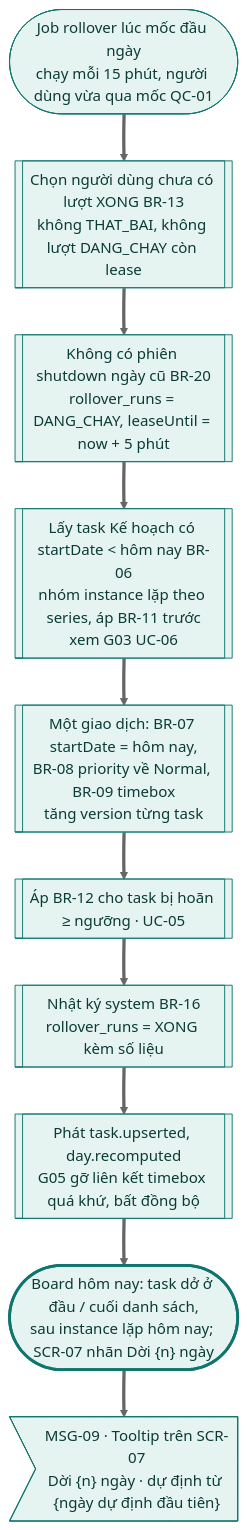
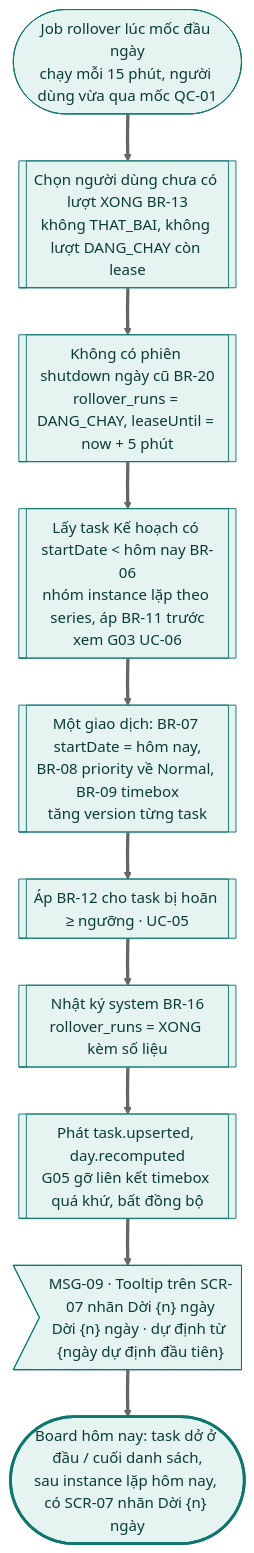
The ninth of 18 diagrams in docs/design-brief/flow/g06-backlog-rollover.md (tannguyenho/personal-app), drawn with Mermaid (neutral theme) before and after one commit. The commit also changed other lines of this file, not shown here.

First line of the commit message:
docs(flow): user flow G10 trợ lý AI (#10)

````diff
--- a/docs/design-brief/flow/g06-backlog-rollover.md
+++ b/docs/design-brief/flow/g06-backlog-rollover.md
@@ -364,27 +364,27 @@
 ```mermaid
 flowchart TD
   start(["Job rollover lúc mốc đầu ngày<br/>chạy mỗi 15 phút, người dùng vừa qua mốc QC-01"])
   p1[["Chọn người dùng chưa có lượt XONG BR-13<br/>không THAT_BAI, không lượt DANG_CHAY còn lease"]]
   p2[["Không có phiên shutdown ngày cũ BR-20<br/>rollover_runs = DANG_CHAY, leaseUntil = now + 5 phút"]]
   p3[["Lấy task Kế hoạch có startDate < hôm nay BR-06<br/>nhóm instance lặp theo series, áp BR-11 trước<br/>xem G03 UC-06"]]
   p4[["Một giao dịch: BR-07 startDate = hôm nay,<br/>BR-08 priority về Normal, BR-09 timebox<br/>tăng version từng task"]]
   p5[["Áp BR-12 cho task bị hoãn ≥ ngưỡng · UC-05"]]
   p6[["Nhật ký system BR-16<br/>rollover_runs = XONG kèm số liệu"]]
   p7[["Phát task.upserted, day.recomputed<br/>G05 gỡ liên kết timebox quá khứ, bất đồng bộ"]]
-  ok(["Board hôm nay: task dở ở đầu / cuối danh sách,<br/>sau instance lặp hôm nay; SCR-07 nhãn Dời {n} ngày"])
-  m1>"MSG-09 · Tooltip trên SCR-07<br/>Dời {n} ngày · dự định từ {ngày dự định đầu tiên}"]
+  m1>"MSG-09 · Tooltip trên SCR-07 nhãn Dời {n} ngày<br/>Dời {n} ngày · dự định từ {ngày dự định đầu tiên}"]
+  ok(["Board hôm nay: task dở ở đầu / cuối danh sách,<br/>sau instance lặp hôm nay, có SCR-07 nhãn Dời {n} ngày"])
 
-  start ==> p1 ==> p2 ==> p3 ==> p4 ==> p5 ==> p6 ==> p7 ==> ok ==> m1
+  start ==> p1 ==> p2 ==> p3 ==> p4 ==> p5 ==> p6 ==> p7 ==> m1 ==> ok
 
   class start,p1,p2,p3,p4,p5,p6,p7,m1 happy
   class ok done
   classDef happy fill:#E6F4F1,stroke:#0F766E,color:#0B3B36
   classDef alt fill:#F1F3F5,stroke:#6B7280,color:#1F2937
   classDef err fill:#FDECEC,stroke:#B42318,color:#5C1010
   classDef warn fill:#FEF4E2,stroke:#B45309,color:#4A2604
   classDef ai fill:#F1ECFD,stroke:#6D28D9,color:#2E1065
   classDef sync fill:#FFFFFF,stroke:#6B7280,stroke-dasharray:4 3,color:#1F2937
   classDef link fill:#FFFFFF,stroke:#0F766E,stroke-dasharray:4 3,color:#0B3B36
   classDef done fill:#E6F4F1,stroke:#0F766E,stroke-width:3px,color:#0B3B36
   classDef fail fill:#FDECEC,stroke:#B42318,stroke-width:3px,color:#5C1010
 ```
````
